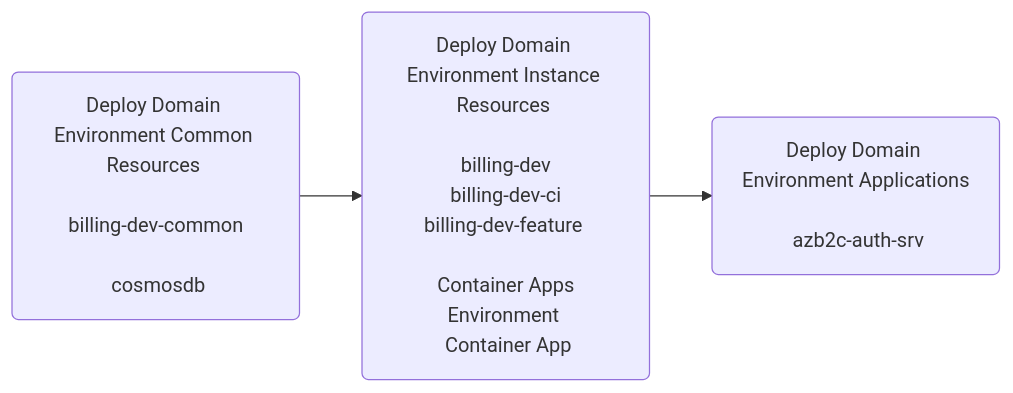
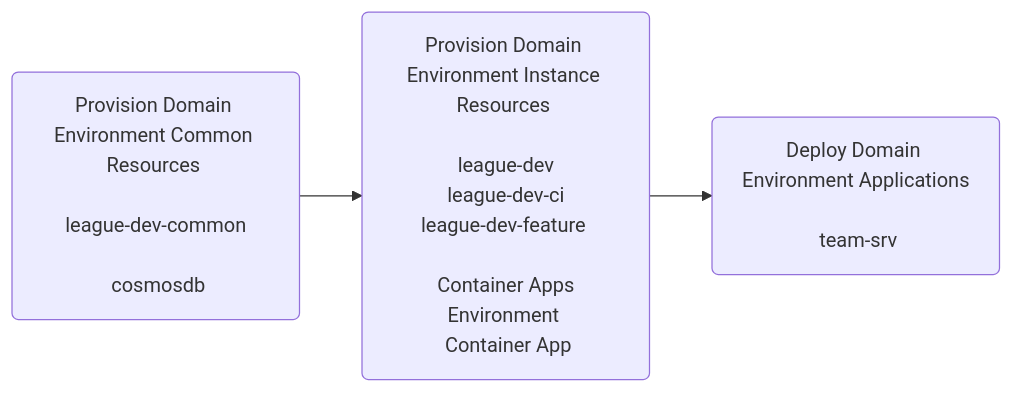
Before and after one commit to Miruken-Go/demo.microservice: the second of 8 diagrams in deployment/design/SystemResourcesDeploymentFlow.md, drawn with Mermaid. The commit also changed other lines of this file and 13 other files, not shown here.

````diff
--- a/deployment/design/SystemResourcesDeploymentFlow.md
+++ b/deployment/design/SystemResourcesDeploymentFlow.md
@@ -39,11 +39,11 @@
 ```mermaid
 
 flowchart LR
-    A(Deploy Domain Environment Common Resources </br></br> billing-dev-common </br></br> cosmosdb)
+    A(Provision Domain Environment Common Resources </br></br> league-dev-common </br></br> cosmosdb)
 
-    B(Deploy Domain Environment Instance Resources </br></br> billing-dev </br> billing-dev-ci </br>billing-dev-feature </br></br> Container Apps Environment </br> Container App)
+    B(Provision Domain Environment Instance Resources </br></br> league-dev </br> league-dev-ci </br>league-dev-feature </br></br> Container Apps Environment </br> Container App)
 
-    C(Deploy Domain Environment Applications</br></br> azb2c-auth-srv)
+    C(Deploy Domain Environment Applications</br></br> team-srv)
     
     A --> B --> C
 ```
````
